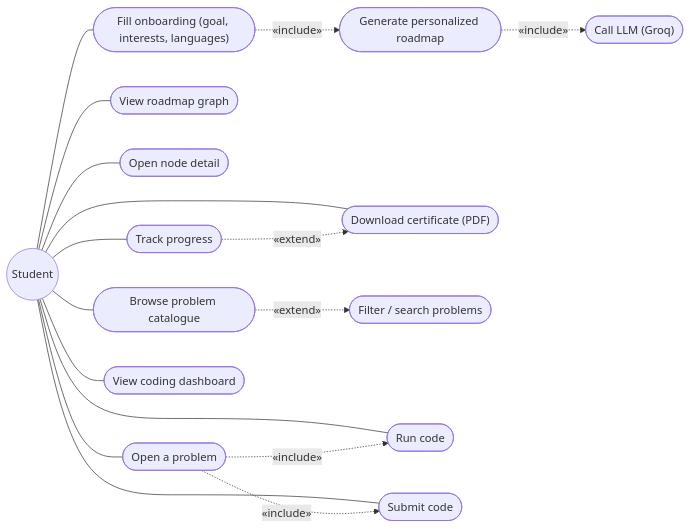
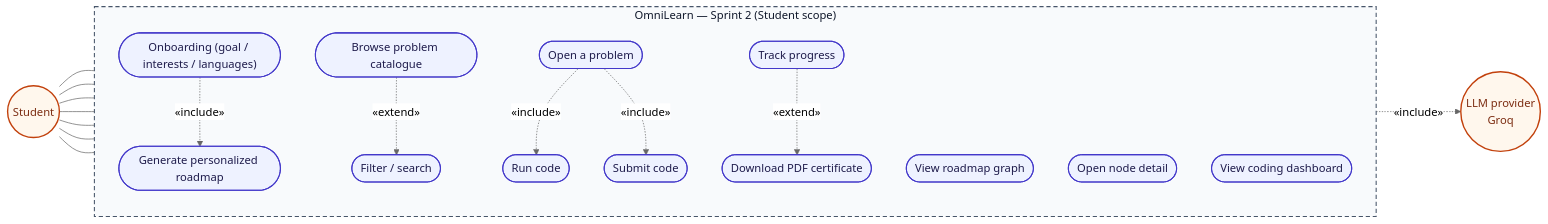
One commit to MaizaAymen/OmniLearn changed the first of 10 diagrams in docs/06_chapitre4_sprint2.md. Above: the diagram before and after it, drawn with Mermaid. The commit also changed other lines of this file and 3 other files, not shown here.

````diff
--- a/docs/06_chapitre4_sprint2.md
+++ b/docs/06_chapitre4_sprint2.md
@@ -66,34 +66,41 @@
 ```mermaid
+%%{init: {"theme":"neutral"} }%%
 flowchart LR
-  Student((Student))
-  Onb(["Fill onboarding (goal, interests, languages)"])
-  Gen(["Generate personalized roadmap"])
-  View(["View roadmap graph"])
-  Node(["Open node detail"])
-  Prog(["Track progress"])
-  Cert(["Download certificate (PDF)"])
-  Browse(["Browse problem catalogue"])
-  Filter(["Filter / search problems"])
-  Open(["Open a problem"])
-  Run(["Run code"])
-  Submit(["Submit code"])
-  Dash(["View coding dashboard"])
-  LLM(["Call LLM (Groq)"])
+  classDef actor fill:#fff7ed,stroke:#c2410c,stroke-width:2px,color:#7c2d12
+  classDef uc    fill:#eef2ff,stroke:#4338ca,stroke-width:1.5px,color:#1e1b4b
+  classDef sys   fill:#f8fafc,stroke:#475569,stroke-width:1.5px,stroke-dasharray:6 4,color:#0f172a
+
+  Student((Student)):::actor
+  Groq((LLM provider\nGroq)):::actor
+
+  subgraph S["OmniLearn — Sprint 2 (Student scope)"]
+    direction TB
+    Onb(["Onboarding (goal / interests / languages)"]):::uc
+    Gen(["Generate personalized roadmap"]):::uc
+    View(["View roadmap graph"]):::uc
+    Node(["Open node detail"]):::uc
+    Prog(["Track progress"]):::uc
+    Cert(["Download PDF certificate"]):::uc
+    Browse(["Browse problem catalogue"]):::uc
+    Filter(["Filter / search"]):::uc
+    Open(["Open a problem"]):::uc
+    Run(["Run code"]):::uc
+    Submit(["Submit code"]):::uc
+    Dash(["View coding dashboard"]):::uc
+  end
+  class S sys
 
   Student --- Onb
   Student --- View
   Student --- Node
   Student --- Prog
-  Student --- Cert
   Student --- Browse
   Student --- Open
-  Student --- Run
-  Student --- Submit
   Student --- Dash
-  Onb -. "&laquo;include&raquo;" .-> Gen
-  Gen -. "&laquo;include&raquo;" .-> LLM
-  Browse -. "&laquo;extend&raquo;" .-> Filter
-  Open -. "&laquo;include&raquo;" .-> Run
-  Open -. "&laquo;include&raquo;" .-> Submit
-  Prog -. "&laquo;extend&raquo;" .-> Cert
+  Onb -. "«include»" .-> Gen
+  Gen -. "«include»" .-> Groq
+  Browse -. "«extend»" .-> Filter
+  Open -. "«include»" .-> Run
+  Open -. "«include»" .-> Submit
+  Prog -. "«extend»"  .-> Cert
 ```
````
